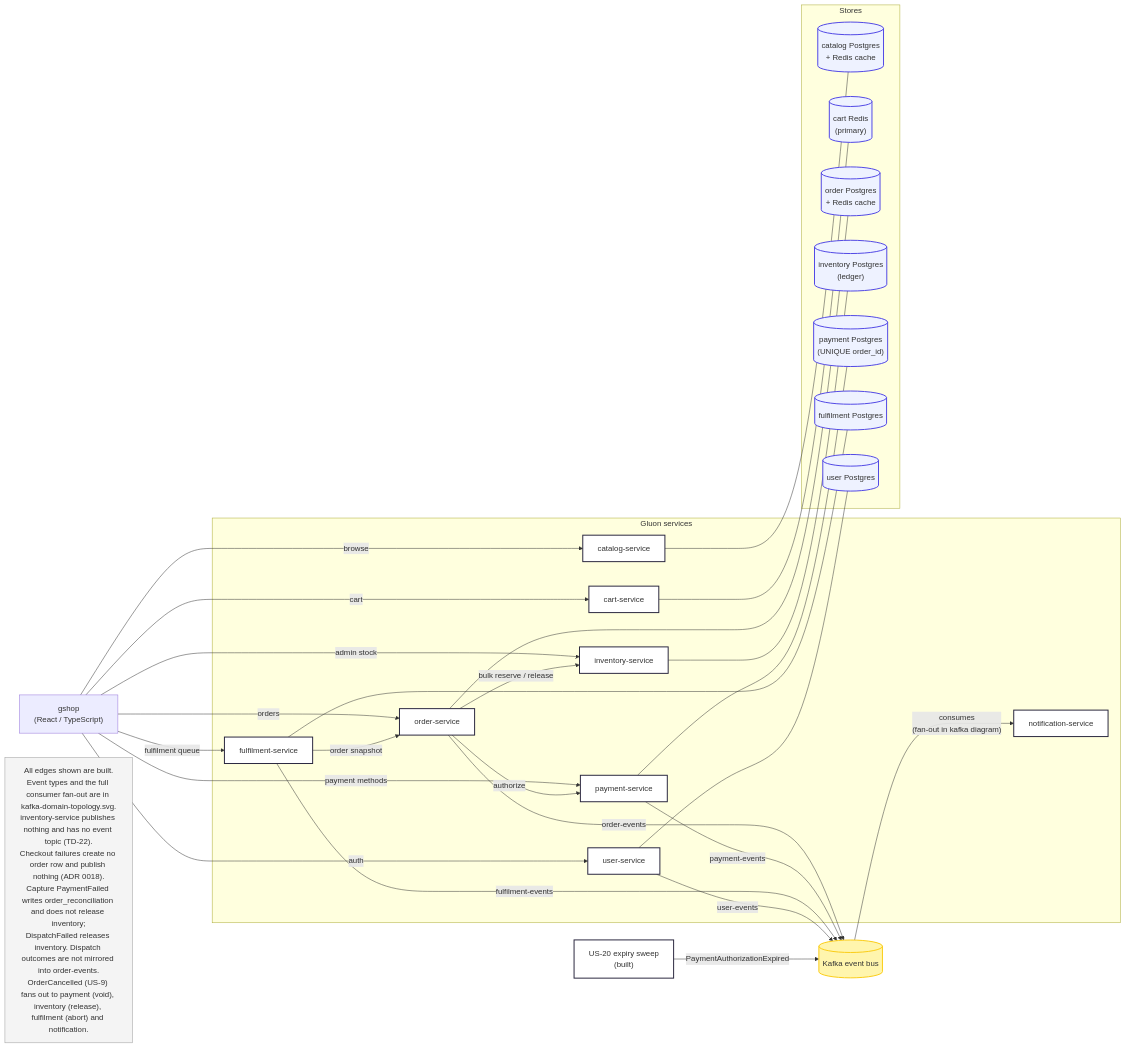
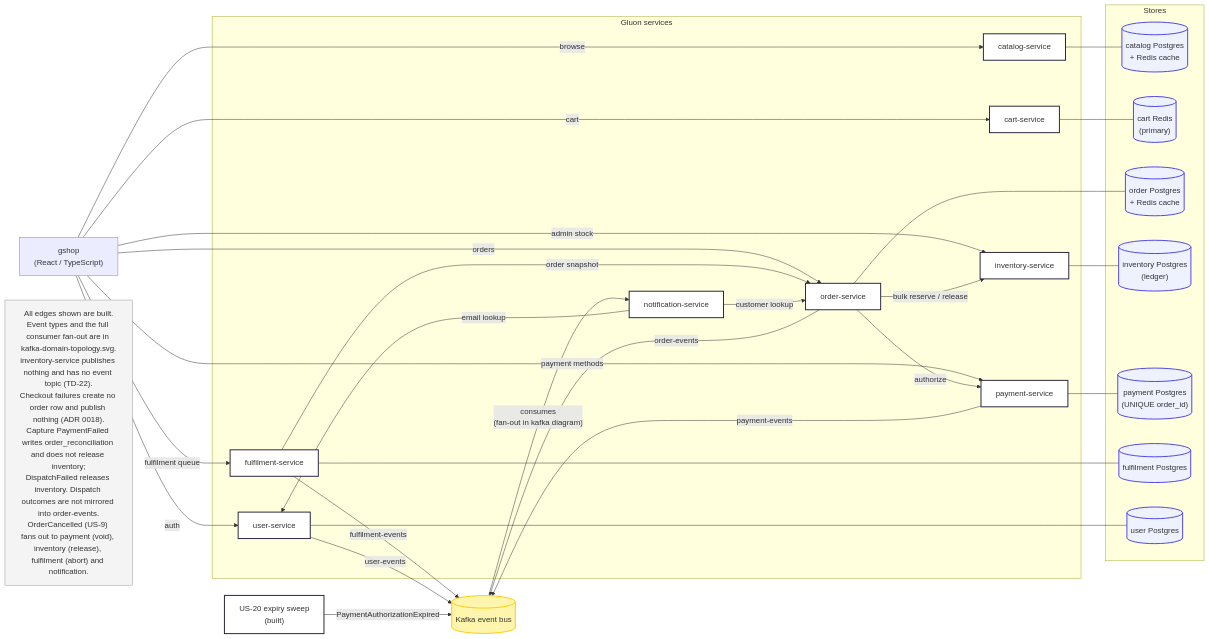
One commit to beckfordp/gluon changed the diagram in docs/diagrams/order-fulfillment-topology.mmd. Above: the diagram before and after it, drawn with Mermaid. The commit also changed 6 other files, not shown here.

```diff
--- a/docs/diagrams/order-fulfillment-topology.mmd
+++ b/docs/diagrams/order-fulfillment-topology.mmd
@@ -1,65 +1,67 @@
 flowchart LR
     G["gshop<br/>(React / TypeScript)"]
 
     subgraph services["Gluon services"]
         CAT["catalog-service"]
         CART["cart-service"]
         O["order-service"]
         I["inventory-service"]
         P["payment-service"]
         F["fulfilment-service"]
         N["notification-service"]
         U["user-service"]
     end
 
     subgraph stores["Stores"]
         CATDB[("catalog Postgres<br/>+ Redis cache")]
         CARTDB[("cart Redis<br/>(primary)")]
         ODB[("order Postgres<br/>+ Redis cache")]
         IDB[("inventory Postgres<br/>(ledger)")]
         PDB[("payment Postgres<br/>(UNIQUE order_id)")]
         FDB[("fulfilment Postgres")]
         UDB[("user Postgres")]
     end
 
     K[("Kafka event bus")]
     SWEEP["US-20 expiry sweep<br/>(built)"]
 
     G -->|"browse"| CAT
     G -->|"cart"| CART
     G -->|"auth"| U
     G -->|"orders"| O
     G -->|"payment methods"| P
     G -->|"admin stock"| I
     G -->|"fulfilment queue"| F
     O -->|"bulk reserve / release"| I
     O -->|"authorize"| P
     F -->|"order snapshot"| O
+    N -->|"customer lookup"| O
+    N -->|"email lookup"| U
 
     CAT --- CATDB
     CART --- CARTDB
     O --- ODB
     I --- IDB
     P --- PDB
     F --- FDB
     U --- UDB
 
     O -->|"order-events"| K
     P -->|"payment-events"| K
     F -->|"fulfilment-events"| K
     U -->|"user-events"| K
     K -->|"consumes<br/>(fan-out in kafka diagram)"| N
     SWEEP -->|"PaymentAuthorizationExpired"| K
 
     NOTE["All edges shown are built.<br/>Event types and the full consumer fan-out are in kafka-domain-topology.svg.<br/>inventory-service publishes nothing and has no event topic (TD-22).<br/>Checkout failures create no order row and publish nothing (ADR 0018).<br/>Capture PaymentFailed writes order_reconciliation and does not release inventory;<br/>DispatchFailed releases inventory. Dispatch outcomes are not mirrored into order-events.<br/>OrderCancelled (US-9) fans out to payment (void), inventory (release), fulfilment (abort) and notification."]
 
     classDef service fill:#ffffff,stroke:#28253D,stroke-width:2px
     classDef store fill:#eef2ff,stroke:#4f46e5,stroke-width:2px
     classDef bus fill:#fff5ad,stroke:#FACC15,stroke-width:2px
     classDef notbuilt fill:#fff7ed,stroke:#b45309,stroke-width:2px,stroke-dasharray:5 4
     classDef note fill:#f4f4f4,stroke:#999999
     class CAT,CART,O,I,P,F,N,U service
     class CATDB,CARTDB,ODB,IDB,PDB,FDB,UDB store
     class K bus
     class SWEEP service
     class NOTE note
```
